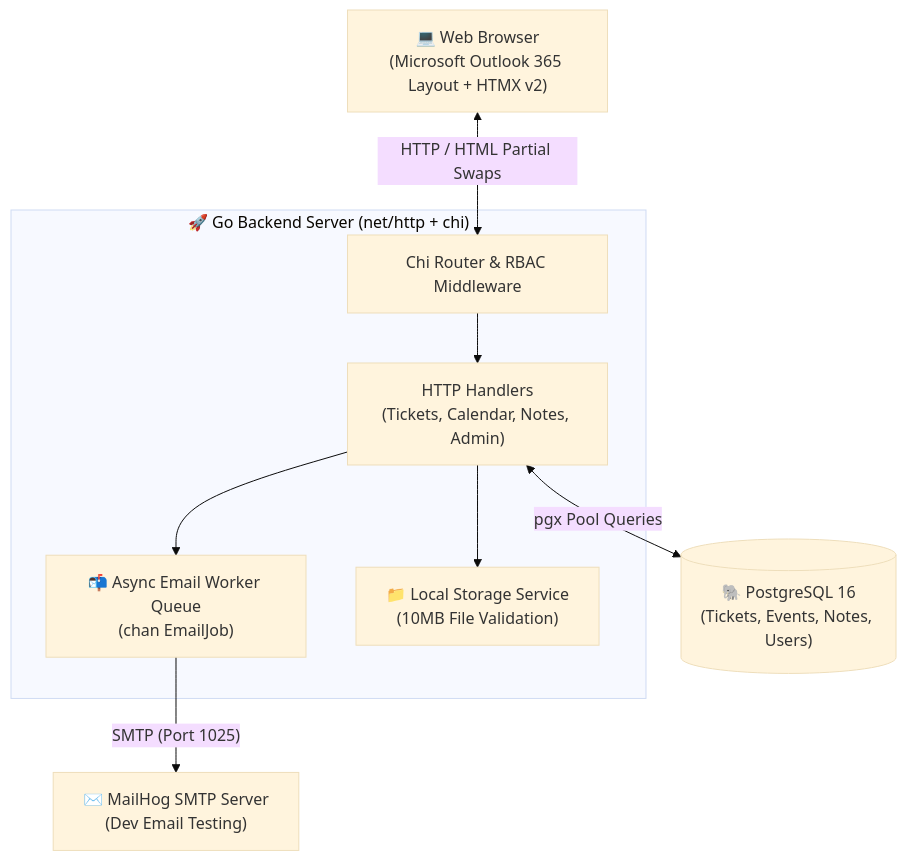
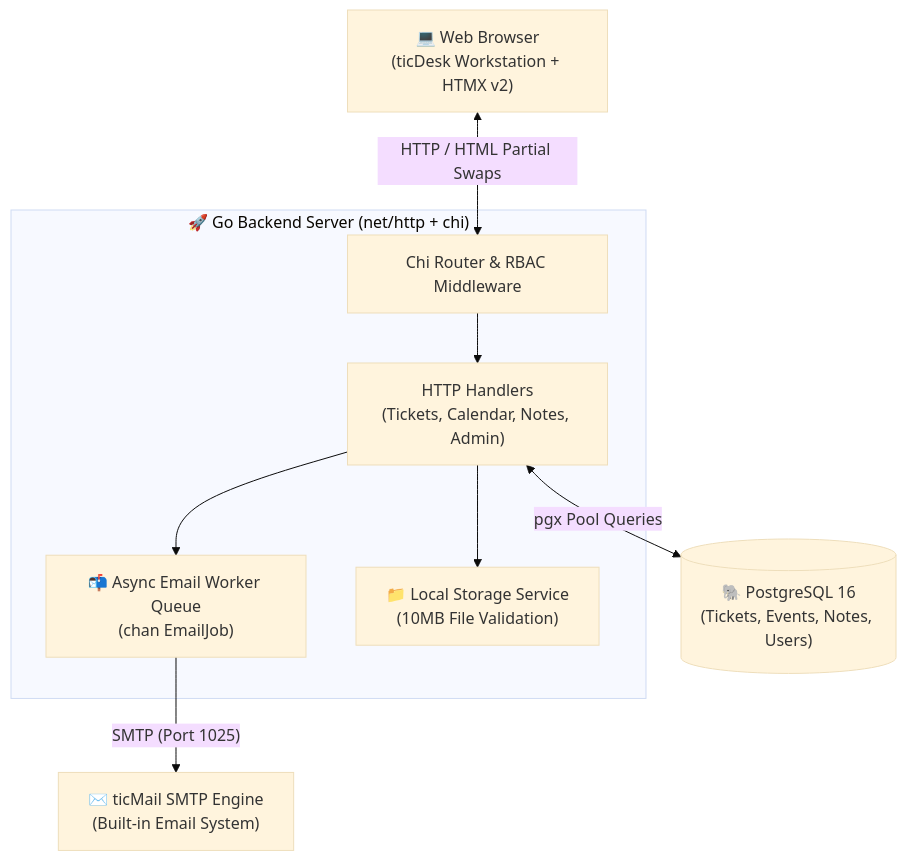
Before and after one commit to Suvesh108/ticdesk: the diagram in README.md, drawn with Mermaid (base theme). The commit also changed other lines of this file and 8 other files, not shown here.

````diff
--- a/README.md
+++ b/README.md
@@ -43,21 +43,21 @@
 ```mermaid
 graph TD
-    Client["💻 Web Browser<br/>(Microsoft Outlook 365 Layout + HTMX v2)"]
+    Client["💻 Web Browser<br/>(ticDesk Workstation + HTMX v2)"]
     
     subgraph GoServer["🚀 Go Backend Server (net/http + chi)"]
         Router["Chi Router & RBAC Middleware"]
         Handlers["HTTP Handlers<br/>(Tickets, Calendar, Notes, Admin)"]
         EmailWorker["📬 Async Email Worker Queue<br/>(chan EmailJob)"]
         StorageService["📁 Local Storage Service<br/>(10MB File Validation)"]
     end
     
     Database[("🐘 PostgreSQL 16<br/>(Tickets, Events, Notes, Users)")]
-    MailHog["✉️ MailHog SMTP Server<br/>(Dev Email Testing)"]
+    ticMail["✉️ ticMail SMTP Engine<br/>(Built-in Email System)"]
 
     Client <-->|"HTTP / HTML Partial Swaps"| Router
     Router --> Handlers
     Handlers <-->|"pgx Pool Queries"| Database
     Handlers --> StorageService
     Handlers --> EmailWorker
-    EmailWorker -->|"SMTP (Port 1025)"| MailHog
+    EmailWorker -->|"SMTP (Port 1025)"| ticMail
 ```
````
